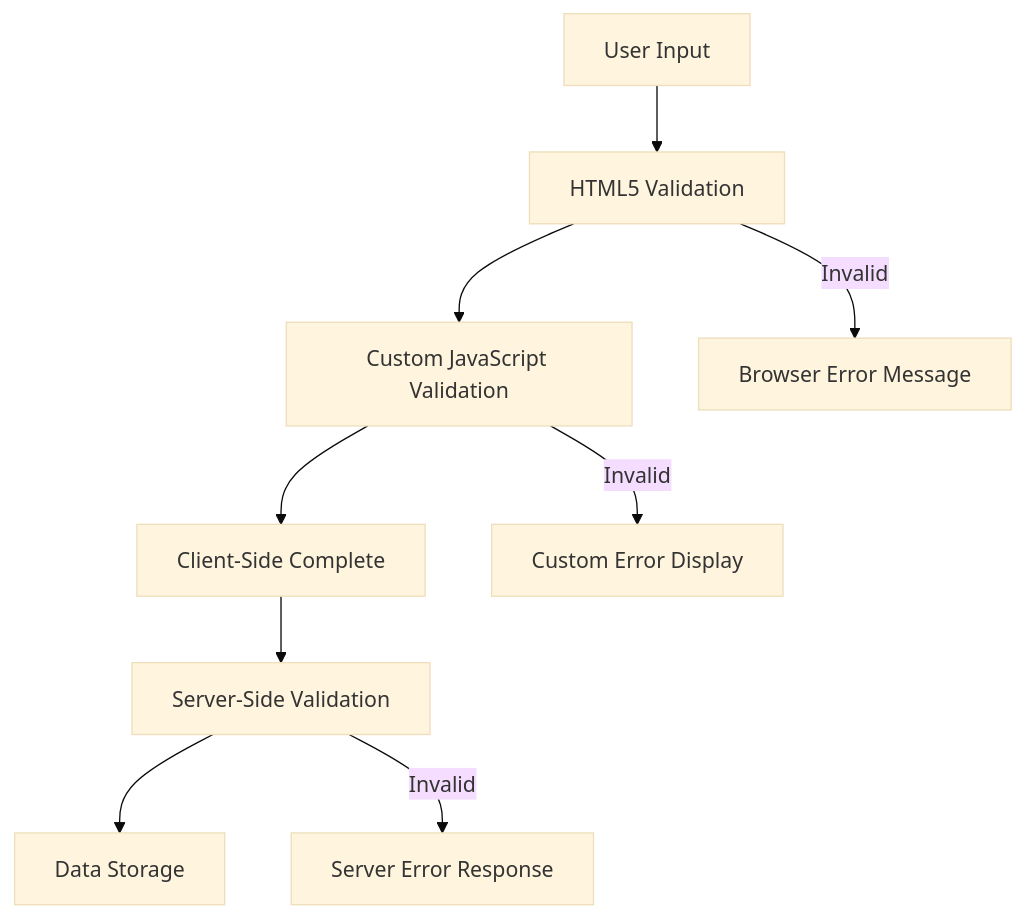
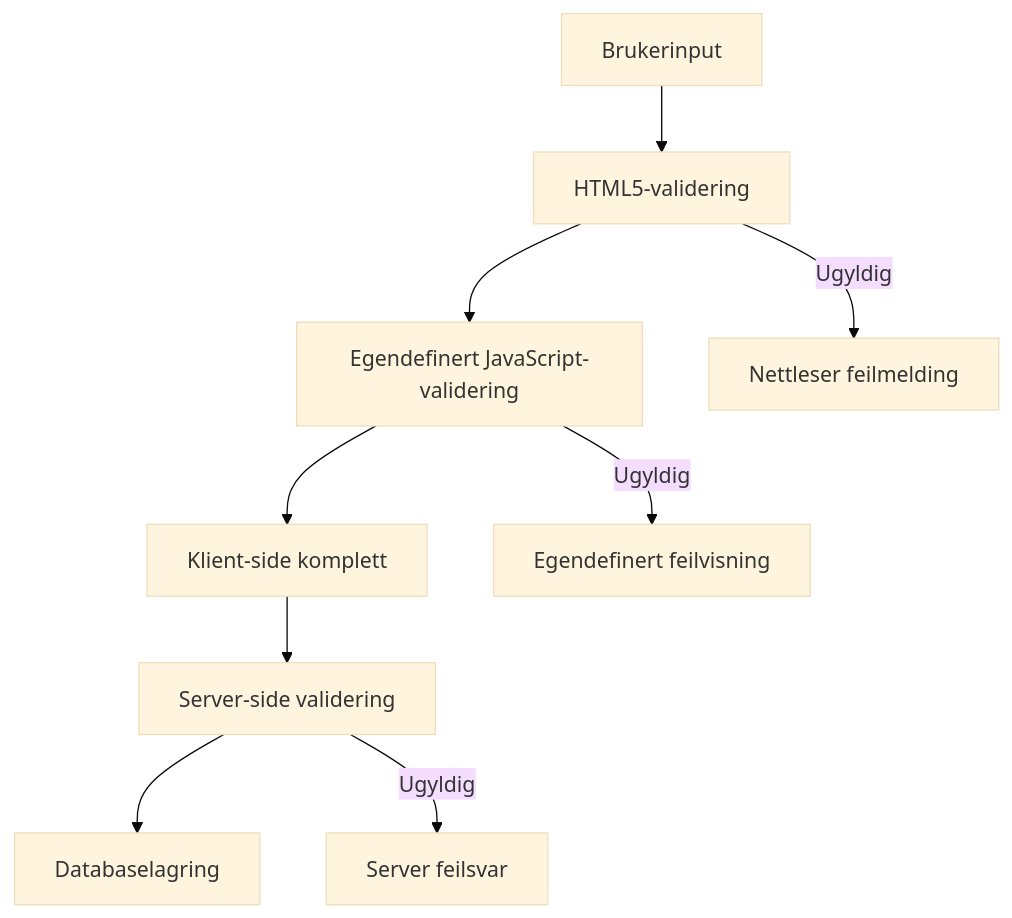
One commit to microsoft/Web-Dev-For-Beginners changed the seventh of 9 diagrams in translations/no/7-bank-project/2-forms/README.md. Above: the diagram before and after it, drawn with Mermaid (base theme). The commit also changed other lines of this file and 99 other files, not shown here.

````diff
--- a/translations/no/7-bank-project/2-forms/README.md
+++ b/translations/no/7-bank-project/2-forms/README.md
@@ -574,12 +650,12 @@
 ```mermaid
 graph TD
-    A[User Input] --> B[HTML5 Validation]
-    B --> C[Custom JavaScript Validation]
-    C --> D[Client-Side Complete]
-    D --> E[Server-Side Validation]
-    E --> F[Data Storage]
+    A[Brukerinput] --> B[HTML5-validering]
+    B --> C[Egendefinert JavaScript-validering]
+    C --> D[Klient-side komplett]
+    D --> E[Server-side validering]
+    E --> F[Databaselagring]
     
-    B -->|Invalid| G[Browser Error Message]
-    C -->|Invalid| H[Custom Error Display]
-    E -->|Invalid| I[Server Error Response]
+    B -->|Ugyldig| G[Nettleser feilmelding]
+    C -->|Ugyldig| H[Egendefinert feilvisning]
+    E -->|Ugyldig| I[Server feilsvar]
 ```
````
